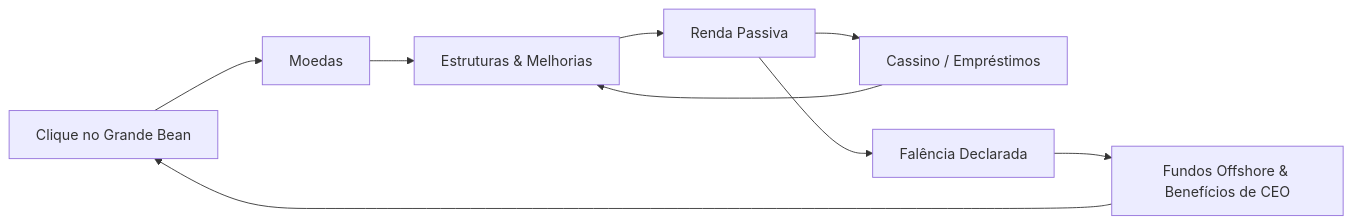
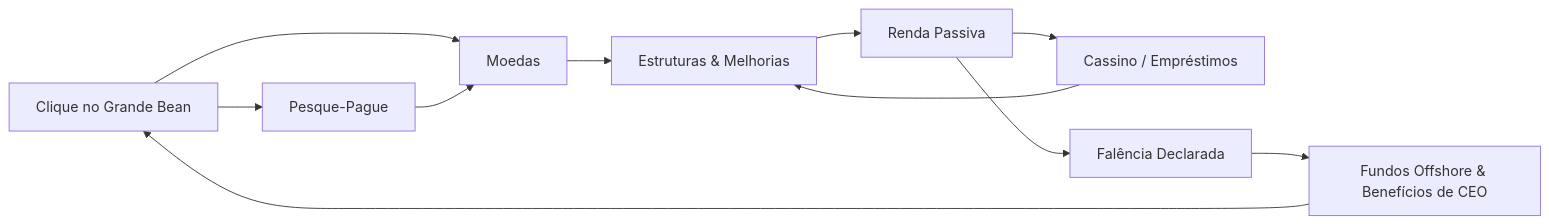
The diagram in docs/GDD_BeanClicker.md (RuanVMartins/BeanClicker), drawn with Mermaid before and after one commit. The commit also changed other lines of this file and 22 other files, not shown here.

First line of the commit message:
feat(pescaria): adiciona o pesque-pague do jeff (#6)

````diff
--- a/docs/GDD_BeanClicker.md
+++ b/docs/GDD_BeanClicker.md
@@ -96,11 +96,13 @@
 ```mermaid
 flowchart LR
     A["Clique no Grande Bean"] --> B["Moedas"]
     B --> C["Estruturas & Melhorias"]
     C --> D["Renda Passiva"]
     D --> E["Cassino / Empréstimos"]
     E --> C
+    A --> H["Pesque-Pague"]
+    H --> B
     D --> F["Falência Declarada"]
     F --> G["Fundos Offshore & Benefícios de CEO"]
     G --> A
 ```
````
